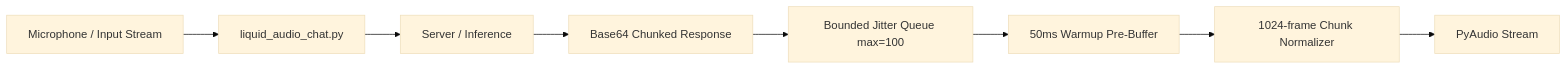
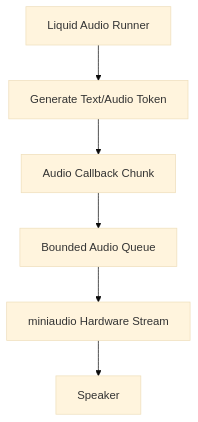
One commit to ggml-org/llama.cpp changed the diagram in .agents/reports/auralis-audio-optimization.md. Above: the diagram before and after it, drawn with Mermaid (base theme). The commit also changed other lines of this file and 4 other files, not shown here.

First line of the commit message:
Optimize liquid-audio CLI with live streaming playback

````diff
--- a/.agents/reports/auralis-audio-optimization.md
+++ b/.agents/reports/auralis-audio-optimization.md
@@ -25,10 +33,8 @@
 ```mermaid
-flowchart LR
-    Mic[Microphone / Input Stream] --> Chat[liquid_audio_chat.py]
-    Chat --> Inference[Server / Inference]
-    Inference --> Base64PCM[Base64 Chunked Response]
-    Base64PCM --> BoundedQueue[Bounded Jitter Queue max=100]
-    BoundedQueue --> PreBuffer[50ms Warmup Pre-Buffer]
-    PreBuffer --> Normalizer[1024-frame Chunk Normalizer]
-    Normalizer --> Playback[PyAudio Stream]
+flowchart TD
+    A[Liquid Audio Runner] --> B[Generate Text/Audio Token]
+    B --> C[Audio Callback Chunk]
+    C --> D[Bounded Audio Queue]
+    D --> E[miniaudio Hardware Stream]
+    E --> F[Speaker]
 ```
````
